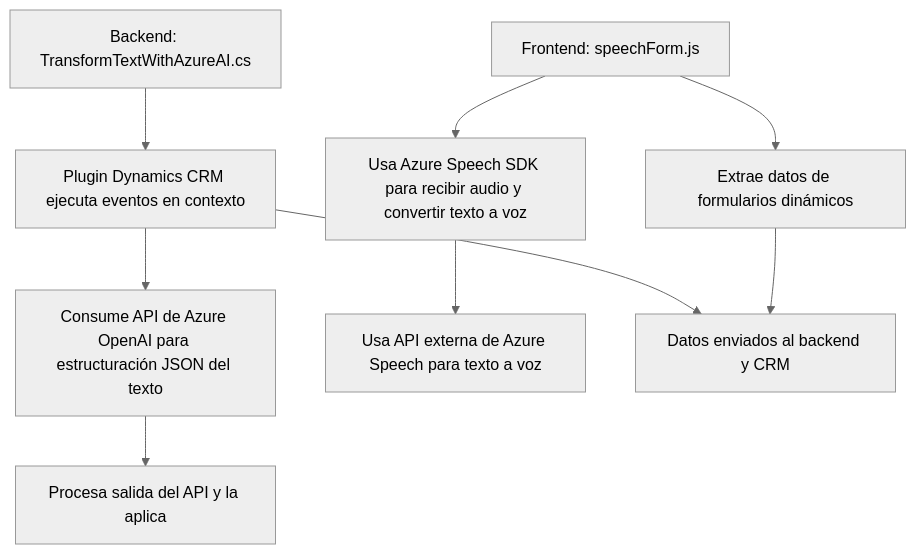
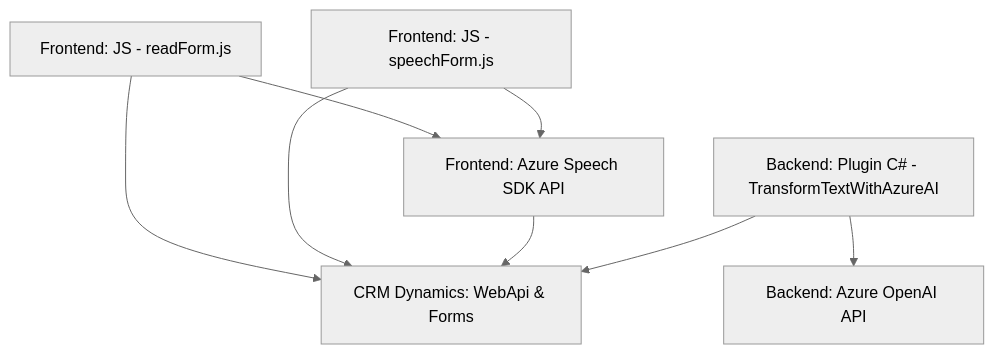
Before and after one commit to blopezdm/NETCORE_BILBAO2025: the diagram in README.md, drawn with Mermaid (neutral theme). The commit also changed other lines of this file, not shown here.

````diff
--- a/README.md
+++ b/README.md
@@ -41,11 +38,17 @@
 ```mermaid
 graph TD
-    A["Frontend: speechForm.js"] --> B["Extrae datos de formularios dinámicos"]
-    A --> C["Usa Azure Speech SDK para recibir audio y convertir texto a voz"]
-    D["Backend: TransformTextWithAzureAI.cs"] --> E["Plugin Dynamics CRM ejecuta eventos en contexto"]
-    E --> F["Consume API de Azure OpenAI para estructuración JSON del texto"]
-    C --> G["Usa API externa de Azure Speech para texto a voz"]
-    B --> H["Datos enviados al backend y CRM"]
-    E --> H
-    F --> I["Procesa salida del API y la aplica"]
+    A["Frontend: JS - readForm.js"]
+    B["Frontend: JS - speechForm.js"]
+    C["Frontend: Azure Speech SDK API"]
+    D["Backend: Plugin C# - TransformTextWithAzureAI"]
+    E["Backend: Azure OpenAI API"]
+    F["CRM Dynamics: WebApi & Forms"]
+
+    A --> C
+    B --> C
+    A --> F
+    B --> F
+    C --> F
+    D --> F
+    D --> E
 ```
````
